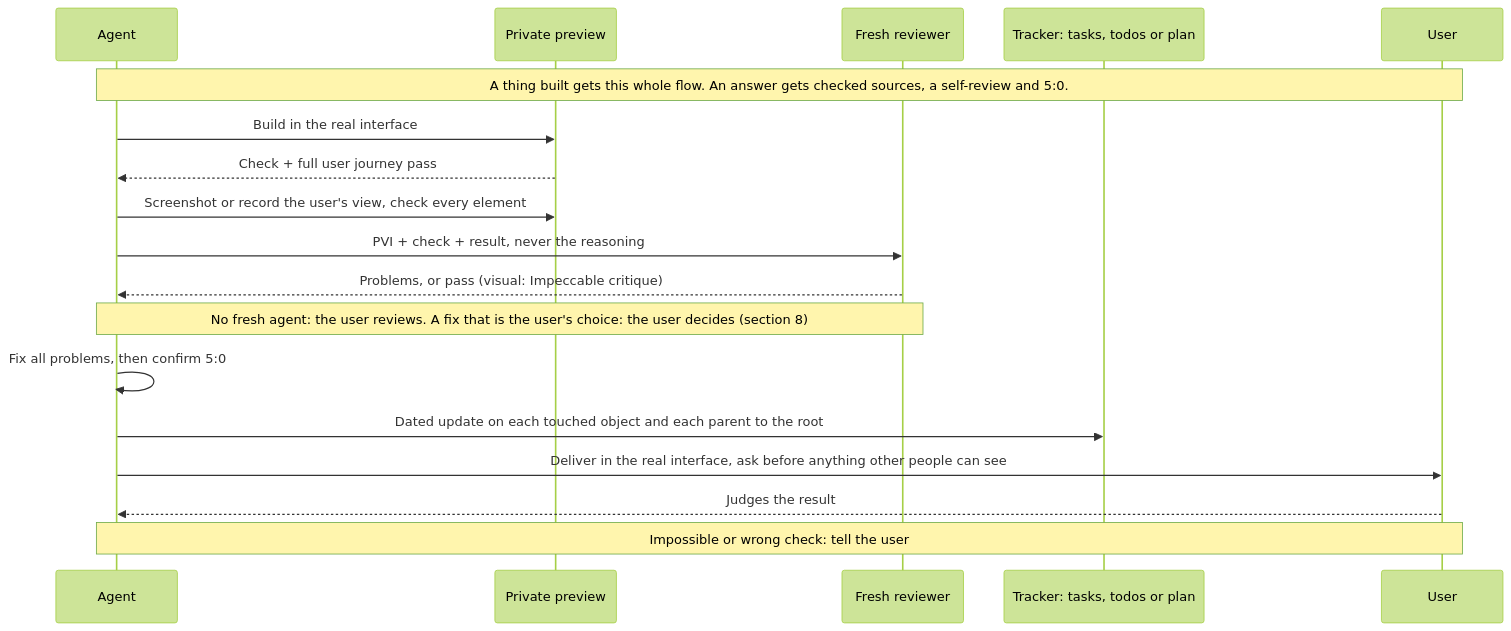
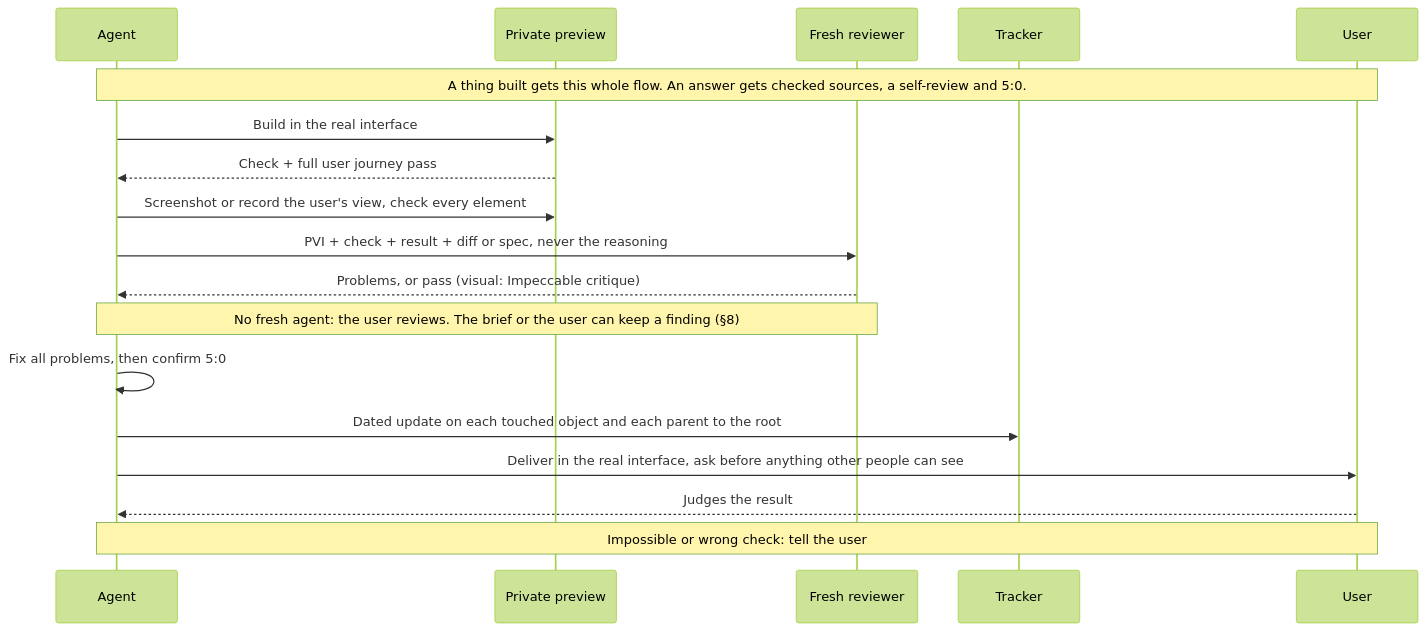
One commit to SolenixAI/arbiter changed diagram 11 of 14 in AGENTS.md. Above: the diagram before and after it, drawn with Mermaid (forest theme). The commit also changed other lines of this file, not shown here.

````diff
--- a/AGENTS.md
+++ b/AGENTS.md
@@ -450,20 +457,20 @@
 ```mermaid
 sequenceDiagram
   participant A as Agent
   participant P as Private preview
   participant R as Fresh reviewer
-  participant T as Tracker: tasks, todos or plan
+  participant T as Tracker
   participant U as User
   Note over A,U: A thing built gets this whole flow. An answer gets checked sources, a self-review and 5:0.
   A->>P: Build in the real interface
   P-->>A: Check + full user journey pass
   A->>P: Screenshot or record the user's view, check every element
-  A->>R: PVI + check + result, never the reasoning
+  A->>R: PVI + check + result + diff or spec, never the reasoning
   R-->>A: Problems, or pass (visual: Impeccable critique)
-  Note over A,R: No fresh agent: the user reviews. A fix that is the user's choice: the user decides (section 8)
+  Note over A,R: No fresh agent: the user reviews. The brief or the user can keep a finding (§8)
   A->>A: Fix all problems, then confirm 5:0
   A->>T: Dated update on each touched object and each parent to the root
   A->>U: Deliver in the real interface, ask before anything other people can see
   U-->>A: Judges the result
   Note over A,U: Impossible or wrong check: tell the user
 ```
````
